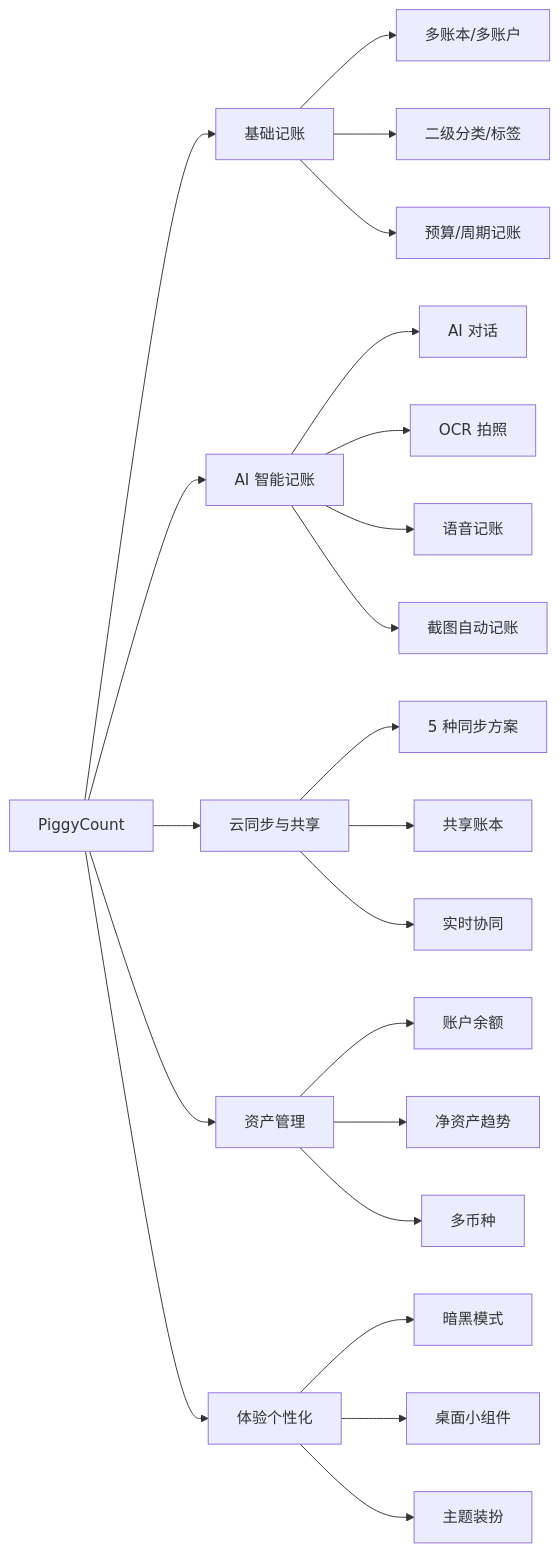
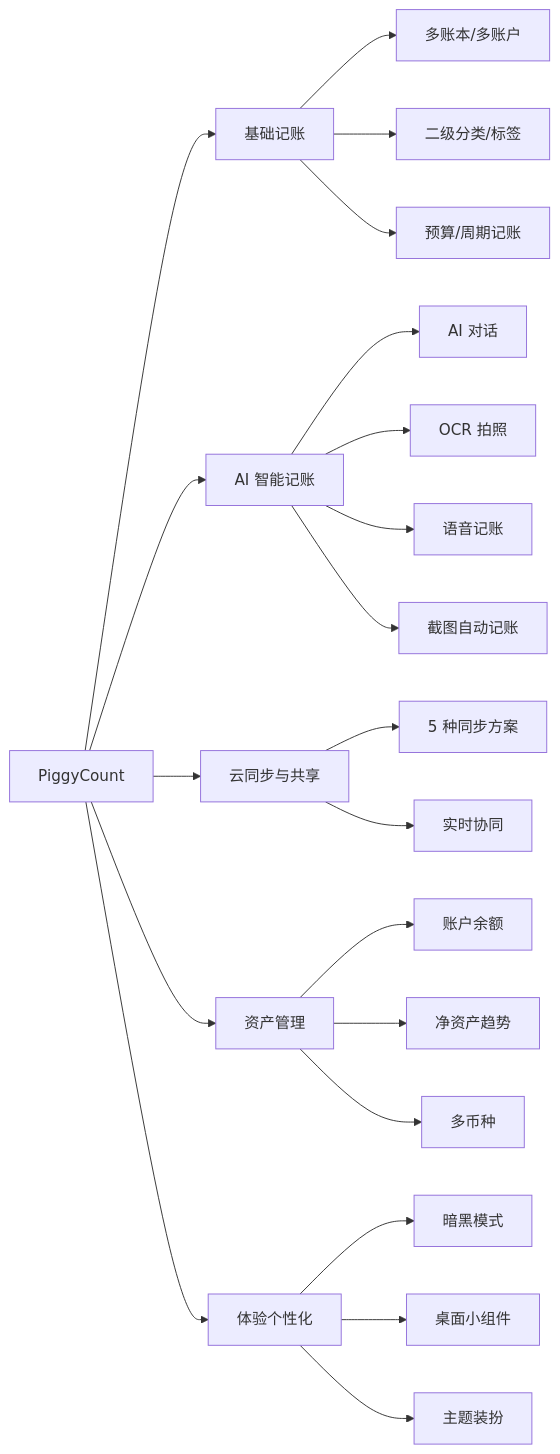
One commit to mecoren/PiggyCount changed the first of 5 diagrams in docoments/01-project-overview.md. Above: the diagram before and after it, drawn with Mermaid. The commit also changed other lines of this file and 11 other files, not shown here.

````diff
--- a/docoments/01-project-overview.md
+++ b/docoments/01-project-overview.md
@@ -64,24 +64,23 @@
 ```mermaid
 flowchart LR
     A[PiggyCount] --> B[基础记账]
     A --> C[AI 智能记账]
     A --> D[云同步与共享]
     A --> E[资产管理]
     A --> F[体验个性化]
     B --> B1[多账本/多账户]
     B --> B2[二级分类/标签]
     B --> B3[预算/周期记账]
     C --> C1[AI 对话]
     C --> C2[OCR 拍照]
     C --> C3[语音记账]
     C --> C4[截图自动记账]
     D --> D1[5 种同步方案]
-    D --> D2[共享账本]
     D --> D3[实时协同]
     E --> E1[账户余额]
     E --> E2[净资产趋势]
     E --> E3[多币种]
     F --> F1[暗黑模式]
     F --> F2[桌面小组件]
     F --> F3[主题装扮]
 ```
````
